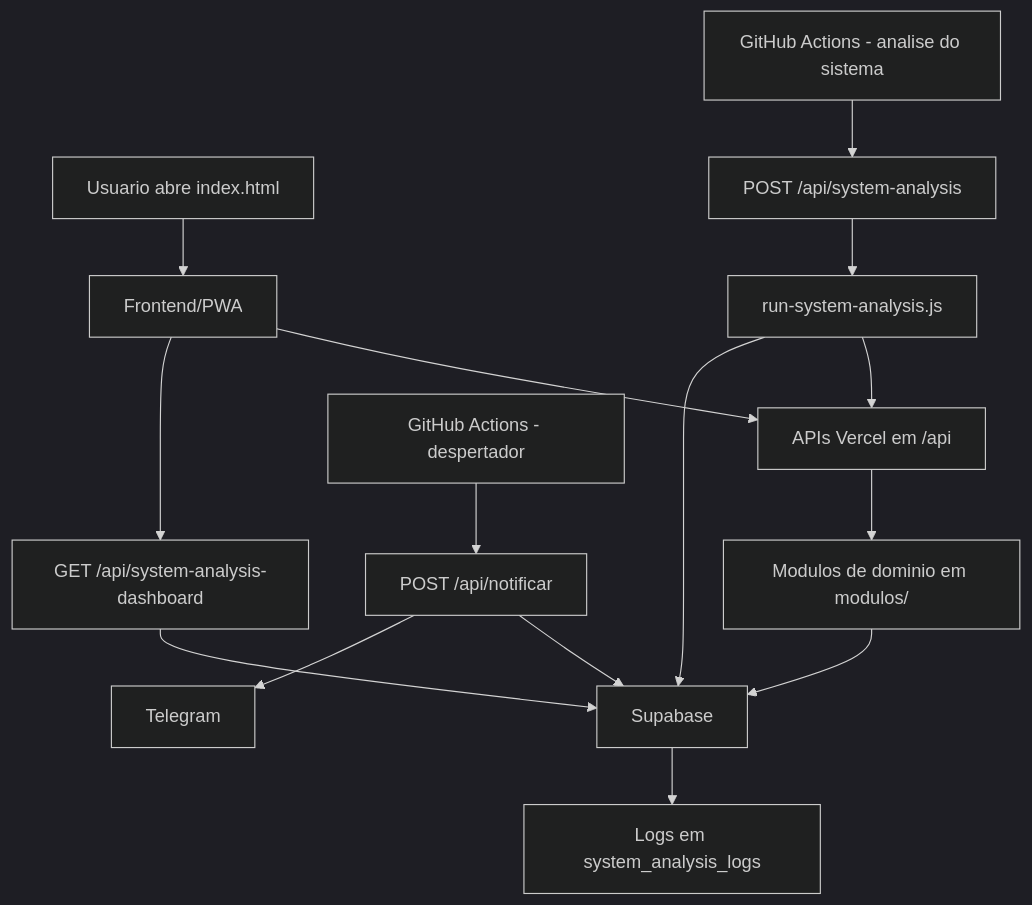
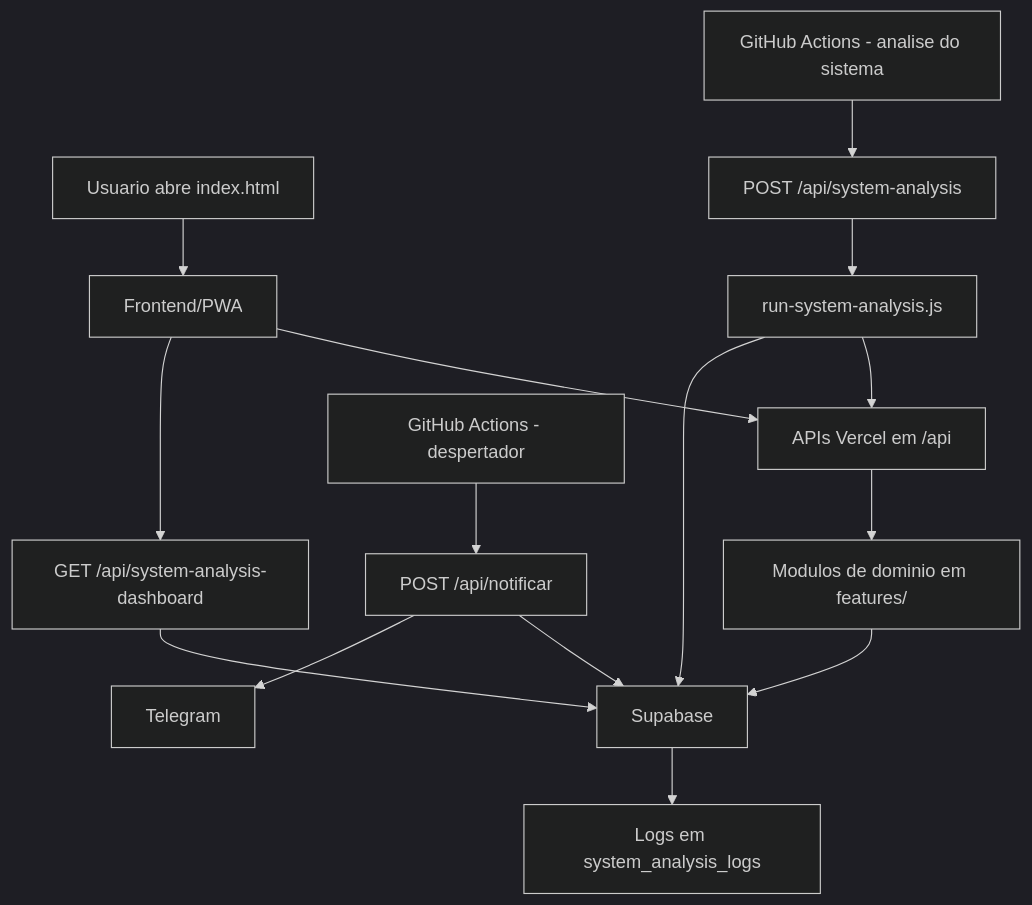
Before and after one commit to Acmsilva1/super-app: the diagram in README.md, drawn with Mermaid (dark theme). The commit also changed other lines of this file and 29 other files, not shown here.

````diff
--- a/README.md
+++ b/README.md
@@ -55,19 +57,19 @@
 ```mermaid
 flowchart TD
     A[Usuario abre index.html] --> B[Frontend/PWA]
     B --> C[APIs Vercel em /api]
-    C --> D[Modulos de dominio em modulos/]
+    C --> D[Modulos de dominio em features/]
     D --> E[Supabase]
 
     F[GitHub Actions - despertador] --> G[POST /api/notificar]
     G --> E
     G --> H[Telegram]
 
     I[GitHub Actions - analise do sistema] --> J[POST /api/system-analysis]
     J --> K[run-system-analysis.js]
     K --> C
     K --> E
     E --> L[Logs em system_analysis_logs]
     B --> M[GET /api/system-analysis-dashboard]
     M --> E
 ```
````
